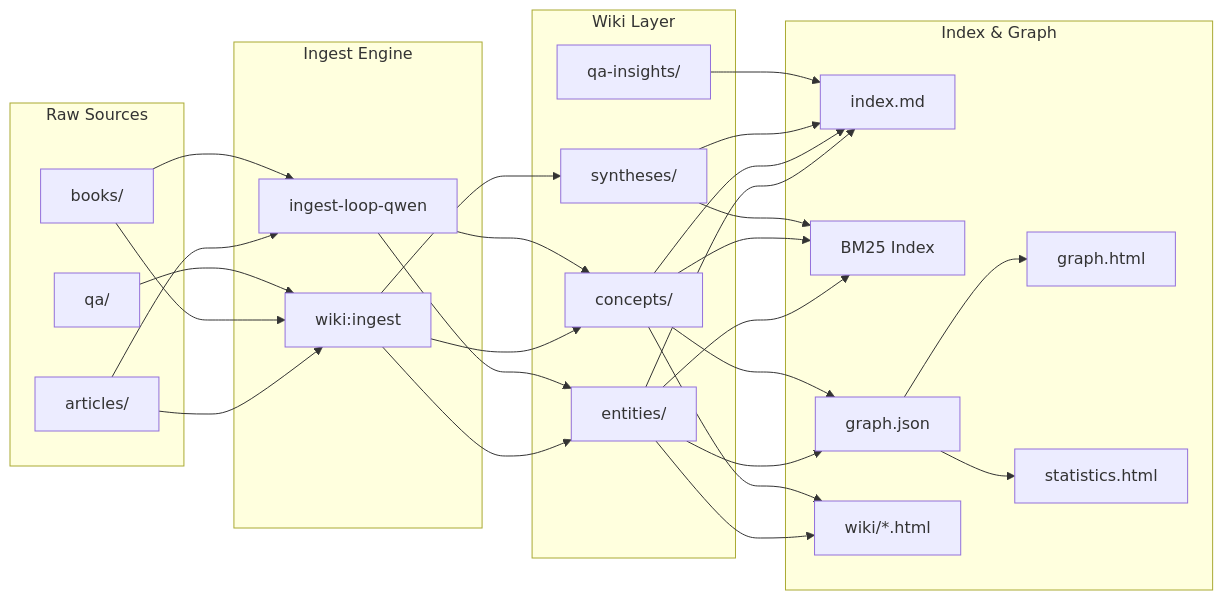
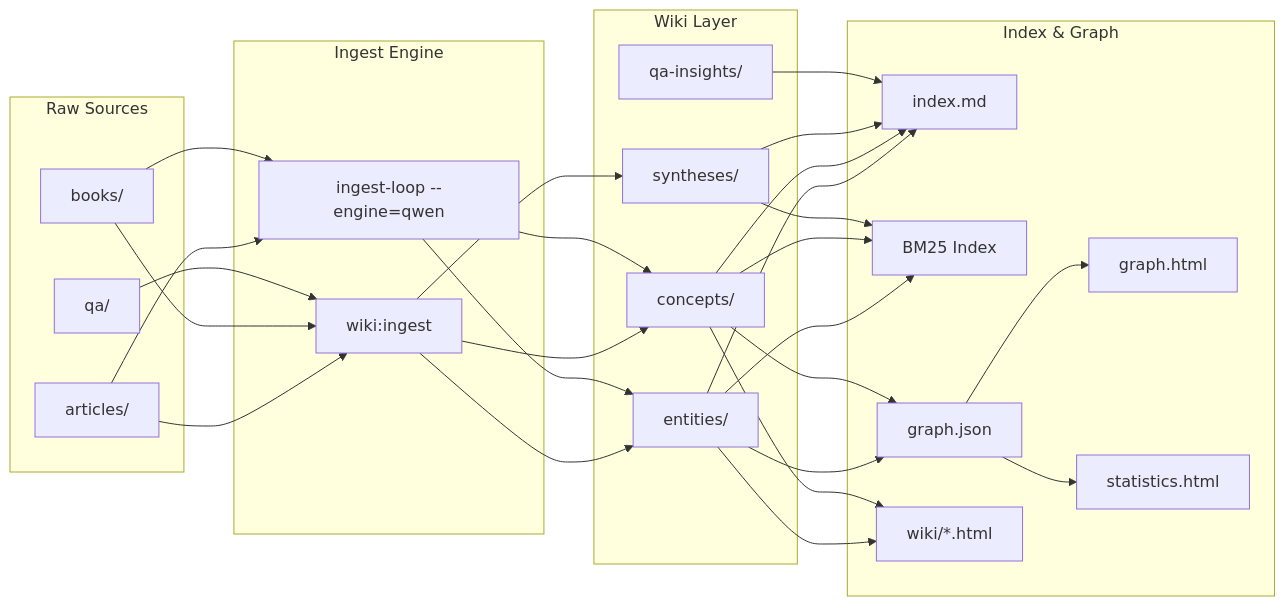
Before and after one commit to 1998x-stack/llm-wiki-plugin: the diagram in README.md, drawn with Mermaid. The commit also changed other lines of this file and 5 other files, not shown here.

````diff
--- a/README.md
+++ b/README.md
@@ -18,53 +18,53 @@
 ```mermaid
 graph LR
     subgraph "Raw Sources"
         A1[articles/]
         A2[books/]
         A3[qa/]
     end
 
     subgraph "Ingest Engine"
         B1[wiki:ingest]
-        B2[ingest-loop-qwen]
+        B2[ingest-loop --engine=qwen]
     end
 
     subgraph "Wiki Layer"
         C1[entities/]
         C2[concepts/]
         C3[syntheses/]
         C4[qa-insights/]
     end
 
     subgraph "Index & Graph"
         D1[index.md]
         D2[BM25 Index]
         D3[graph.json]
         D4[graph.html]
         D5[statistics.html]
         D6[wiki/*.html]
     end
 
     A1 --> B1
     A2 --> B1
     A3 --> B1
     A1 --> B2
     A2 --> B2
     B1 --> C1
     B1 --> C2
     B1 --> C3
     B2 --> C1
     B2 --> C2
     C1 --> D1
     C2 --> D1
     C3 --> D1
     C4 --> D1
     C1 --> D2
     C2 --> D2
     C3 --> D2
     C1 --> D3
     C2 --> D3
     D3 --> D4
     D3 --> D5
     C1 --> D6
     C2 --> D6
 ```
````
